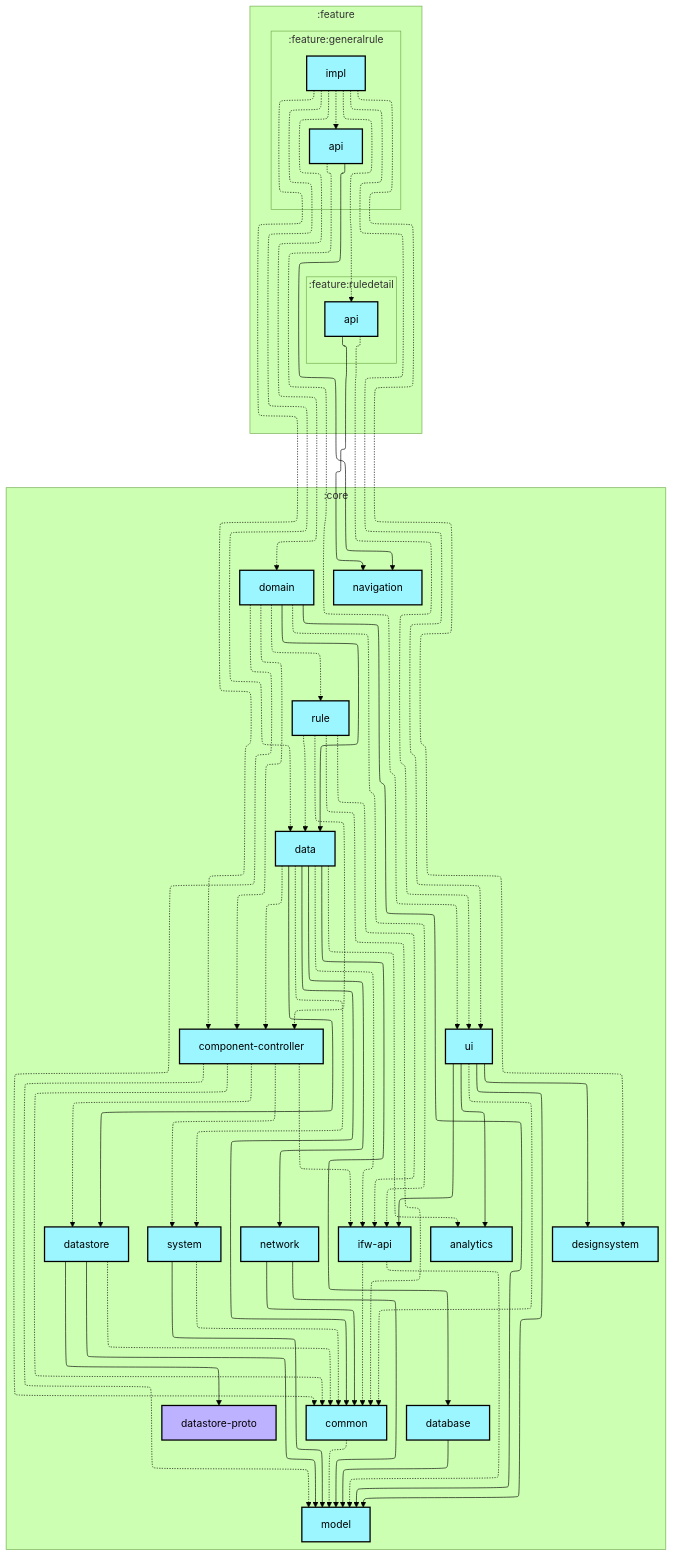
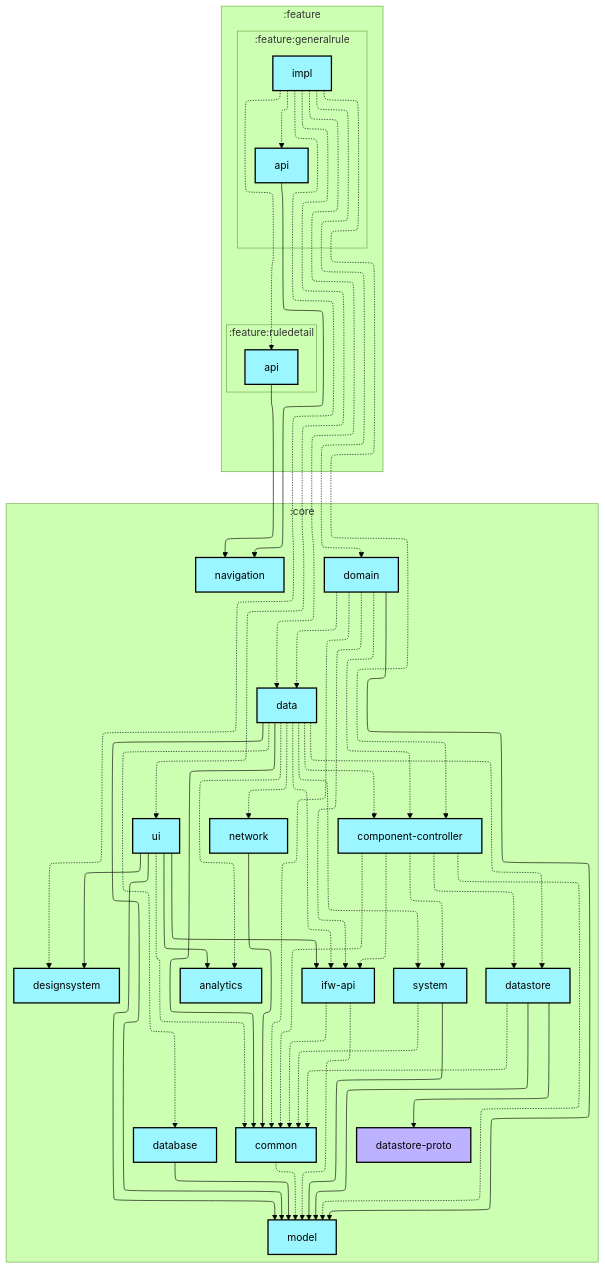
One commit to lihenggui/blocker changed the first of 2 diagrams in feature/generalrule/impl/README.md. Above: the diagram before and after it, drawn with Mermaid (forest theme). The commit also changed 29 other files, not shown here.

First line of the commit message:
Update module dependency graphs after boundary cleanup

```diff
--- a/feature/generalrule/impl/README.md
+++ b/feature/generalrule/impl/README.md
@@ -38,7 +38,6 @@
     :core:model[model]:::android-library
     :core:navigation[navigation]:::android-library
     :core:network[network]:::android-library
-    :core:rule[rule]:::android-library
     :core:system[system]:::android-library
     :core:ui[ui]:::android-library
   end
@@ -52,10 +51,11 @@
   :core:data -.-> :core:analytics
   :core:data --> :core:common
   :core:data -.-> :core:component-controller
-  :core:data --> :core:database
-  :core:data --> :core:datastore
+  :core:data -.-> :core:database
+  :core:data -.-> :core:datastore
   :core:data -.-> :core:ifw-api
-  :core:data --> :core:network
+  :core:data --> :core:model
+  :core:data -.-> :core:network
   :core:data -.-> :core:system
   :core:database --> :core:model
   :core:datastore -.-> :core:common
@@ -63,18 +63,12 @@
   :core:datastore --> :core:model
   :core:domain -.-> :core:common
   :core:domain -.-> :core:component-controller
-  :core:domain --> :core:data
+  :core:domain -.-> :core:data
   :core:domain -.-> :core:ifw-api
   :core:domain --> :core:model
-  :core:domain -.-> :core:rule
   :core:ifw-api -.-> :core:common
   :core:ifw-api -.-> :core:model
   :core:network --> :core:common
-  :core:network --> :core:model
-  :core:rule -.-> :core:common
-  :core:rule -.-> :core:component-controller
-  :core:rule -.-> :core:data
-  :core:rule -.-> :core:ifw-api
   :core:system -.-> :core:common
   :core:system --> :core:model
   :core:ui --> :core:analytics
@@ -83,7 +77,6 @@
   :core:ui --> :core:ifw-api
   :core:ui --> :core:model
   :feature:generalrule:api --> :core:navigation
-  :feature:generalrule:api -.-> :core:ui
   :feature:generalrule:impl -.-> :core:component-controller
   :feature:generalrule:impl -.-> :core:data
   :feature:generalrule:impl -.-> :core:designsystem
@@ -92,7 +85,6 @@
   :feature:generalrule:impl -.-> :feature:generalrule:api
   :feature:generalrule:impl -.-> :feature:ruledetail:api
   :feature:ruledetail:api --> :core:navigation
-  :feature:ruledetail:api -.-> :core:ui
 
 classDef android-application fill:#CAFFBF,stroke:#000,stroke-width:2px,color:#000;
 classDef android-feature fill:#FFD6A5,stroke:#000,stroke-width:2px,color:#000;
```
